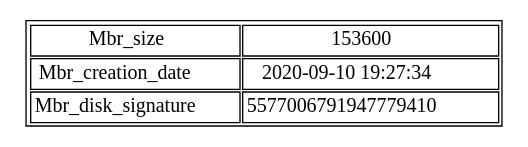
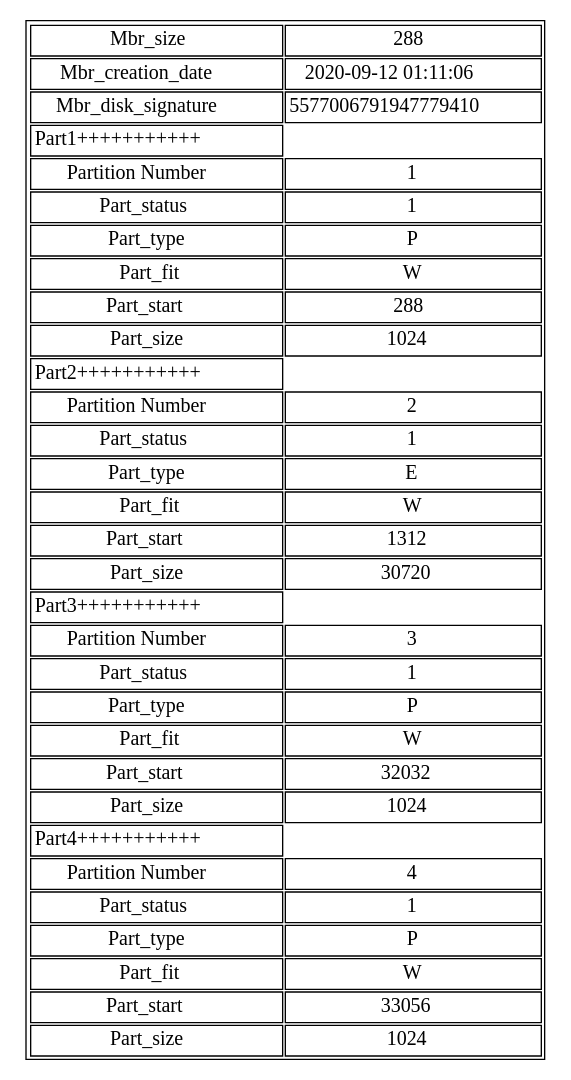
One commit to elJuanjoRamos/-MIA-Proyecto1_201801262 changed the diagram in reports/dots/mbr.dot. Above: the diagram before and after it, drawn with Graphviz. The commit also changed 15 other files, not shown here.

```diff
--- a/reports/dots/mbr.dot
+++ b/reports/dots/mbr.dot
@@ -1,1 +1,1 @@
-digraph test { graph [ratio=fill];node [label="Grafica", fontsize=15, shape=plaintext];graph [bb="0,0,352,154"];arset [label=<<TABLE><TR><TD>Mbr_size</TD><TD>153600</TD></TR><TR><TD>Mbr_creation_date</TD><TD>2020-09-10 19:27:34</TD></TR><TR><TD>Mbr_disk_signature</TD><TD>5577006791947779410</TD></TR></TABLE>>, ];}
+digraph test { graph [ratio=fill];node [label="Grafica", fontsize=15, shape=plaintext];graph [bb="0,0,352,154"];arset [label=<<TABLE><TR><TD>Mbr_size</TD><TD>288</TD></TR><TR><TD>Mbr_creation_date</TD><TD>2020-09-12 01:11:06</TD></TR><TR><TD>Mbr_disk_signature</TD><TD>5577006791947779410</TD></TR><TR><TD>Part1+++++++++++</TD></TR><TR><TD>Partition Number</TD><TD>1</TD></TR><TR><TD>Part_status</TD><TD>1</TD></TR><TR><TD>Part_type</TD><TD>P</TD></TR><TR><TD>Part_fit</TD><TD>W</TD></TR><TR><TD>Part_start</TD><TD>288</TD></TR><TR><TD>Part_size</TD><TD>1024</TD></TR><TR><TD>Part2+++++++++++</TD></TR><TR><TD>Partition Number</TD><TD>2</TD></TR><TR><TD>Part_status</TD><TD>1</TD></TR><TR><TD>Part_type</TD><TD>E</TD></TR><TR><TD>Part_fit</TD><TD>W</TD></TR><TR><TD>Part_start</TD><TD>1312</TD></TR><TR><TD>Part_size</TD><TD>30720</TD></TR><TR><TD>Part3+++++++++++</TD></TR><TR><TD>Partition Number</TD><TD>3</TD></TR><TR><TD>Part_status</TD><TD>1</TD></TR><TR><TD>Part_type</TD><TD>P</TD></TR><TR><TD>Part_fit</TD><TD>W</TD></TR><TR><TD>Part_start</TD><TD>32032</TD></TR><TR><TD>Part_size</TD><TD>1024</TD></TR><TR><TD>Part4+++++++++++</TD></TR><TR><TD>Partition Number</TD><TD>4</TD></TR><TR><TD>Part_status</TD><TD>1</TD></TR><TR><TD>Part_type</TD><TD>P</TD></TR><TR><TD>Part_fit</TD><TD>W</TD></TR><TR><TD>Part_start</TD><TD>33056</TD></TR><TR><TD>Part_size</TD><TD>1024</TD></TR></TABLE>>, ];}
```
